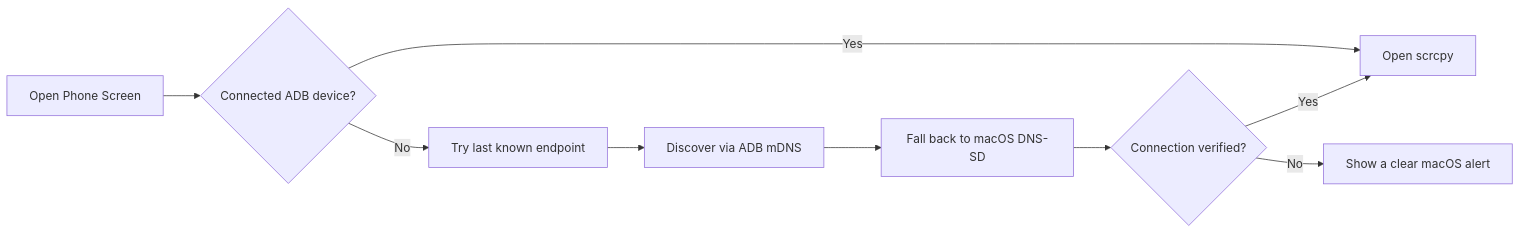
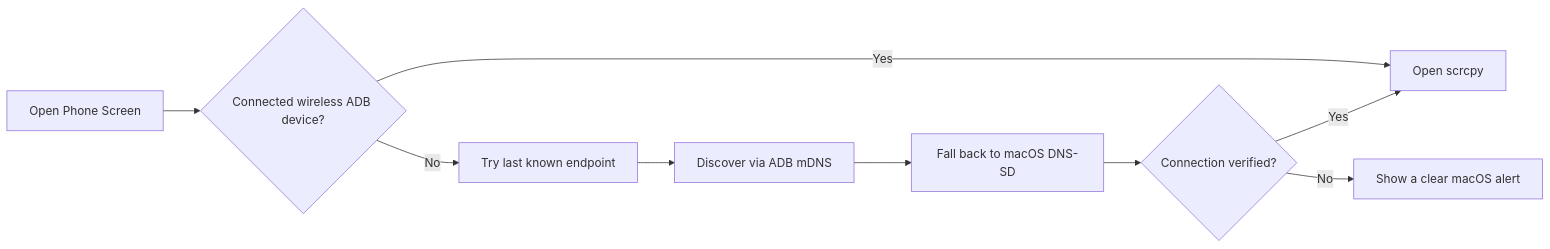
The diagram in README.md (huzzyz/phone-screen-macos), drawn with Mermaid before and after one commit. The commit also changed other lines of this file and 4 other files, not shown here.

````diff
--- a/README.md
+++ b/README.md
@@ -23,11 +23,11 @@
 ```mermaid
 flowchart LR
-    A[Open Phone Screen] --> B{Connected ADB device?}
+    A[Open Phone Screen] --> B{Connected wireless ADB device?}
     B -- Yes --> F[Open scrcpy]
     B -- No --> C[Try last known endpoint]
     C --> D[Discover via ADB mDNS]
     D --> E[Fall back to macOS DNS-SD]
     E --> G{Connection verified?}
     G -- Yes --> F
     G -- No --> H[Show a clear macOS alert]
 ```
````
